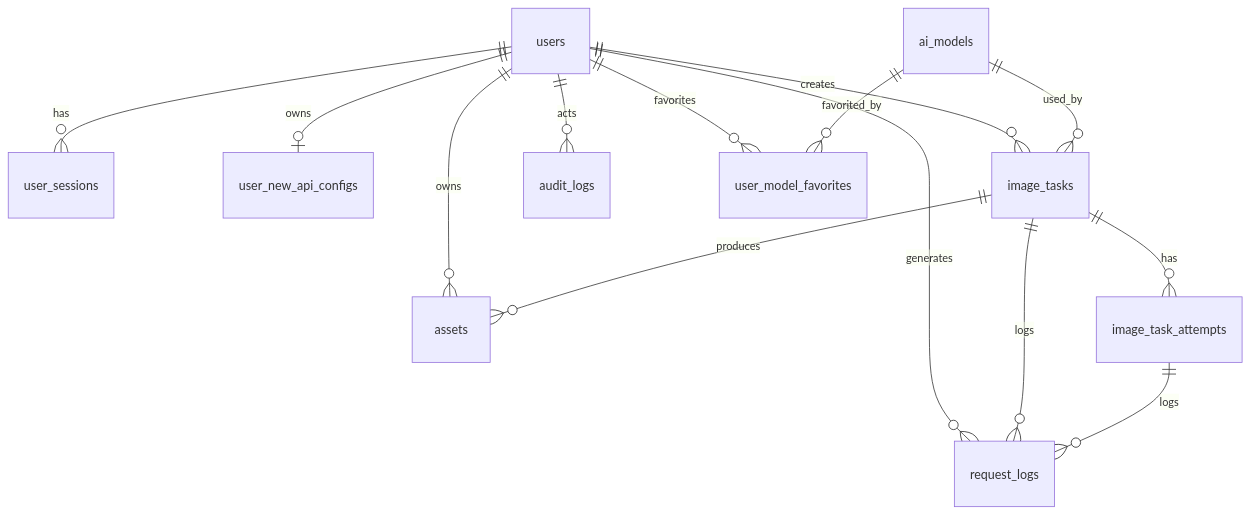
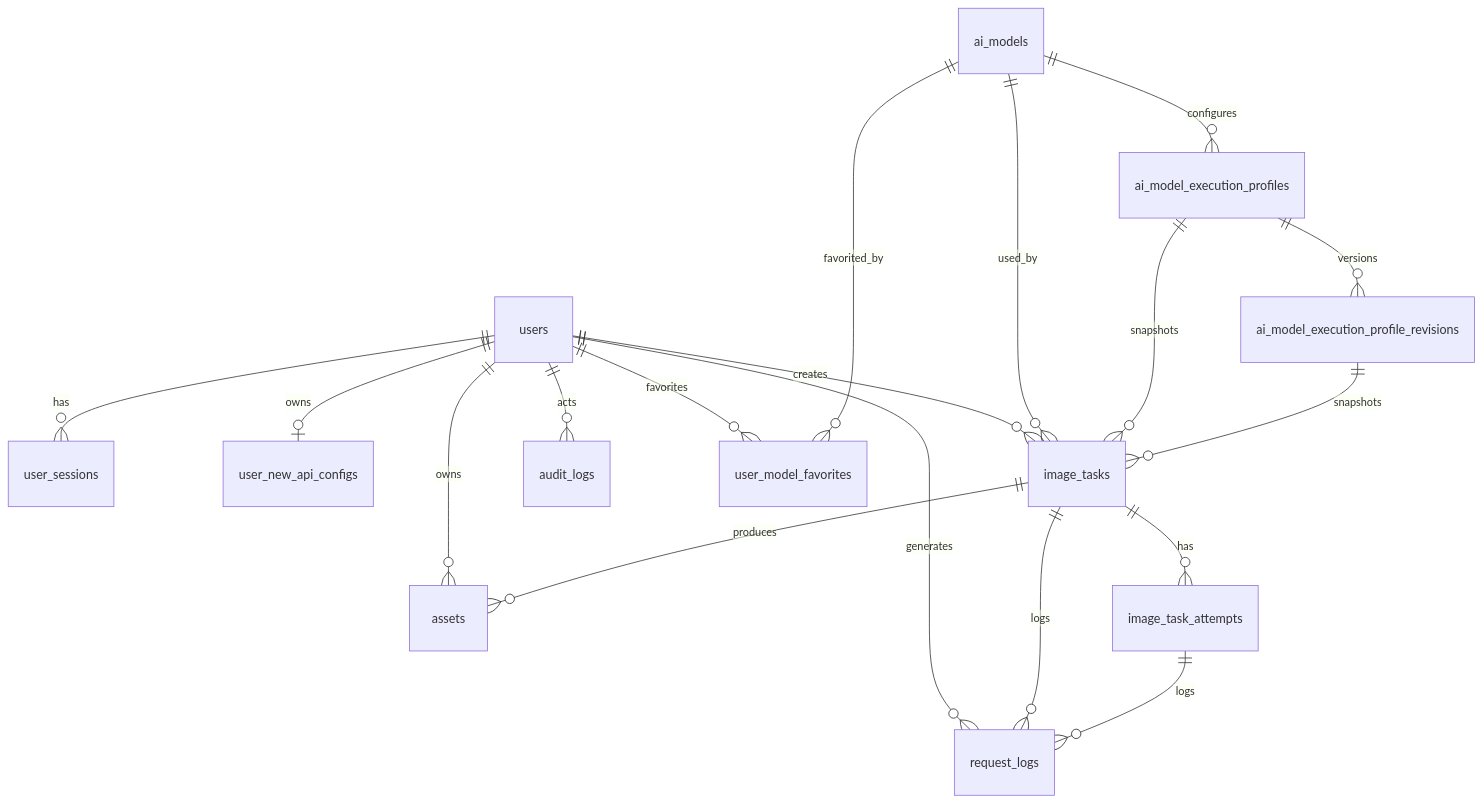
Before and after one commit to CrazyCherrys/DreamStudio: the diagram in docs/04-dreamstudio-v1-data-model.md, drawn with Mermaid. The commit also changed other lines of this file and 4 other files, not shown here.

Commit message:
feat(db): add execution profile schema

````diff
--- a/docs/04-dreamstudio-v1-data-model.md
+++ b/docs/04-dreamstudio-v1-data-model.md
@@ -703,16 +847,20 @@
 ```mermaid
 erDiagram
   users ||--o{ user_sessions : has
   users ||--o| user_new_api_configs : owns
   users ||--o{ image_tasks : creates
   users ||--o{ assets : owns
   users ||--o{ request_logs : generates
   users ||--o{ audit_logs : acts
   users ||--o{ user_model_favorites : favorites
   ai_models ||--o{ user_model_favorites : favorited_by
+  ai_models ||--o{ ai_model_execution_profiles : configures
+  ai_model_execution_profiles ||--o{ ai_model_execution_profile_revisions : versions
   ai_models ||--o{ image_tasks : used_by
+  ai_model_execution_profiles ||--o{ image_tasks : snapshots
+  ai_model_execution_profile_revisions ||--o{ image_tasks : snapshots
   image_tasks ||--o{ image_task_attempts : has
   image_tasks ||--o{ assets : produces
   image_tasks ||--o{ request_logs : logs
   image_task_attempts ||--o{ request_logs : logs
 ```
````
